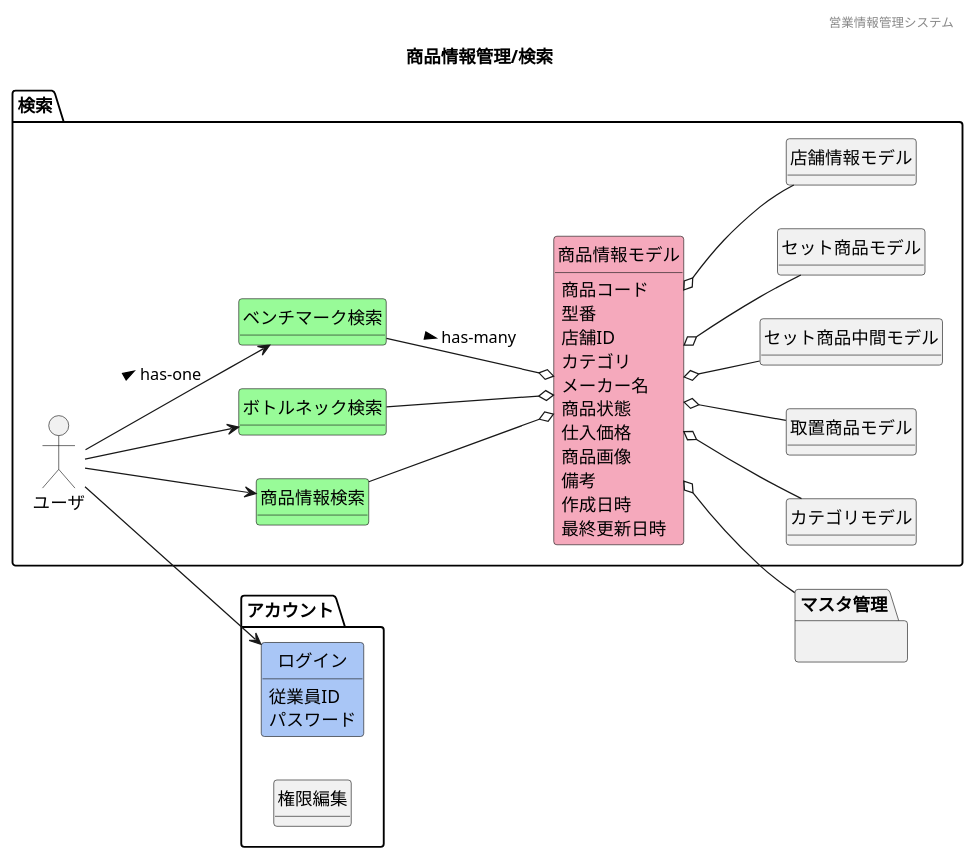
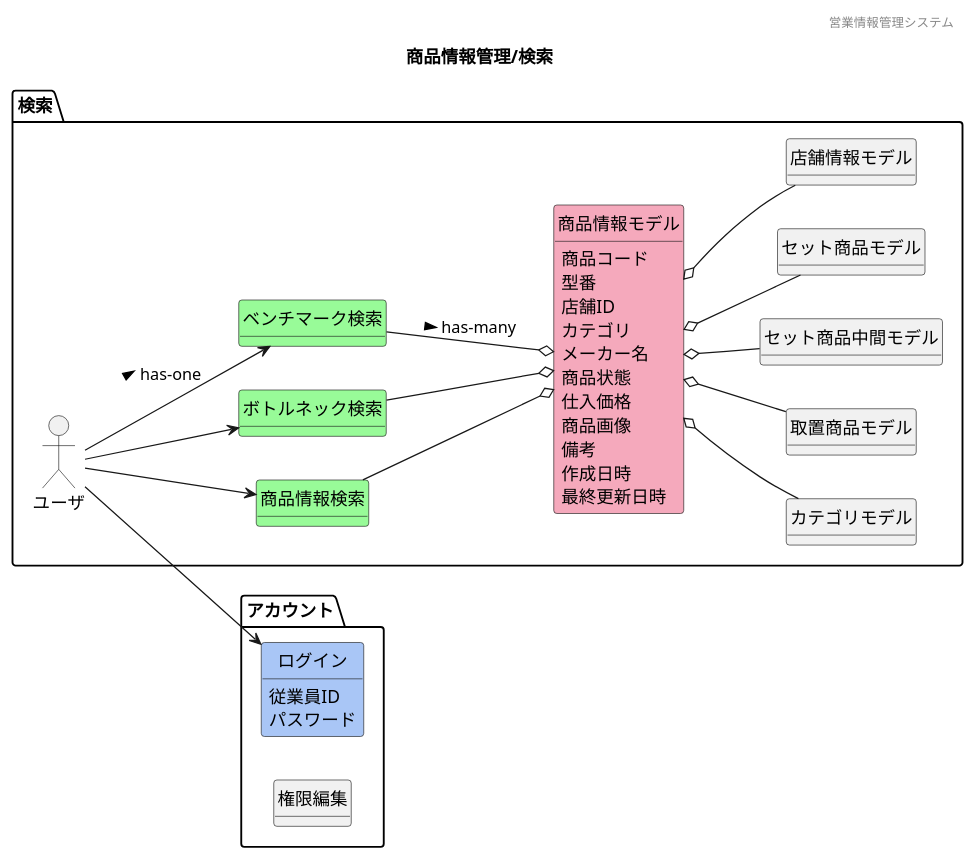
The diagram in 各種設計書/1ドメインモデル図/商品情報管理/F08検索.plantuml (HaruShim/Sotuken), drawn with PlantUML before and after one commit. The commit also changed 7 other files, not shown here.

```diff
--- a/各種設計書/1ドメインモデル図/商品情報管理/F08検索.plantuml
+++ b/各種設計書/1ドメインモデル図/商品情報管理/F08検索.plantuml
@@ -1,77 +1,77 @@
 @startuml images/商品情報管理/検索
 ' ヘッダー
 header 営業情報管理システム
 ' タイトル
 title 商品情報管理/検索
 ' 
 hide circle
 ' 
 hide method
 left to right direction
 
 package "アカウント"{
     class "ログイン" #A9C6F6
     class "権限編集"
 }
 package "検索"{
 'ユーザや外部システム
     mix_actor "ユーザ"
     class "商品情報検索" #98fb98
     class "ボトルネック検索" #98fb98
     class "ベンチマーク検索" #98fb98
     class "商品情報モデル" #F5A9BC
     class "カテゴリモデル"
     class "取置商品モデル"
     class "セット商品中間モデル"
     class "セット商品モデル"
     class "店舗情報モデル"
     
 }
-    package "マスタ管理"{
-        ' package ベンチマークマスタ{
-        '     ' class "CPUベンチマークモデル"
-        '     ' class "GPUベンチマークモデル"
-        ' } 
-        ' class "ボトルネックモデル"
-    }
+    ' package "マスタ管理"{
+    '     ' package ベンチマークマスタ{
+    '     '     ' class "CPUベンチマークモデル"
+    '     '     ' class "GPUベンチマークモデル"
+    '     ' } 
+    '     ' class "ボトルネックモデル"
+    ' }
     ' class "" #F5A9BC
     ' class "" #ffd700
 
     'モデル同士の関係
     ユーザ --> 商品情報検索
     ユーザ --> ボトルネック検索
     ユーザ --> ベンチマーク検索 : > has-one
     ユーザ --> ログイン
     商品情報検索 --o 商品情報モデル
     ボトルネック検索 --o 商品情報モデル
     ベンチマーク検索 --o 商品情報モデル: > has-many
     商品情報モデル o-- カテゴリモデル
     商品情報モデル o-- 取置商品モデル
     商品情報モデル o-- セット商品モデル
     商品情報モデル o-- セット商品中間モデル
     商品情報モデル o-- 店舗情報モデル
-    商品情報モデル o-- マスタ管理
+    ' 商品情報モデル o-- マスタ管理
 
     'ドメインクラスの属性
     商品情報モデル : 商品コード
     商品情報モデル : 型番
     商品情報モデル : 店舗ID
     商品情報モデル : カテゴリ
     商品情報モデル : メーカー名
     商品情報モデル : 商品状態
     商品情報モデル : 仕入価格
     商品情報モデル : 商品画像
     商品情報モデル : 備考
     商品情報モデル : 作成日時
     商品情報モデル : 最終更新日時
 
     ' 商品情報モデル : 商品コード
     ' 商品情報モデル : 型番
     ' 商品情報モデル : JANコード
     ' 商品情報モデル : 商品画像
     ' 商品情報モデル : 在庫場所
     ' 商品情報モデル : カテゴリ
     ' 商品情報モデル : 仕入価格
     ログイン : 従業員ID
     ログイン : パスワード
 @enduml
```
